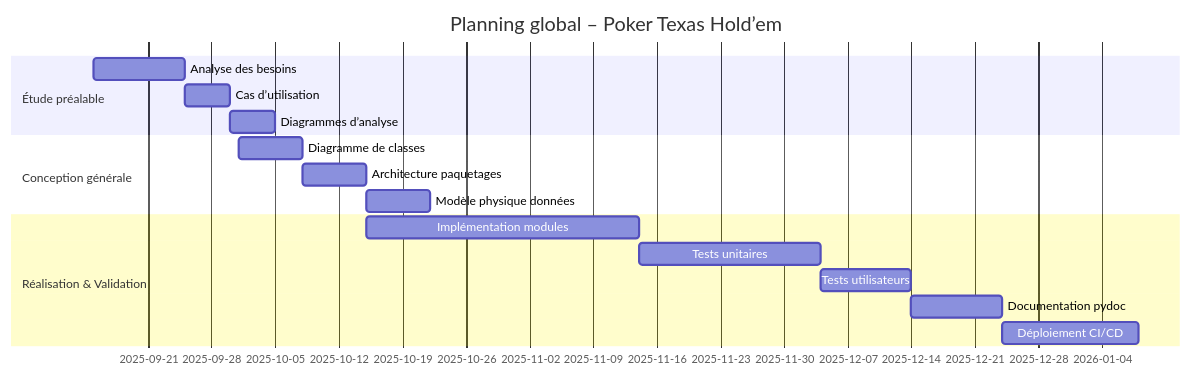
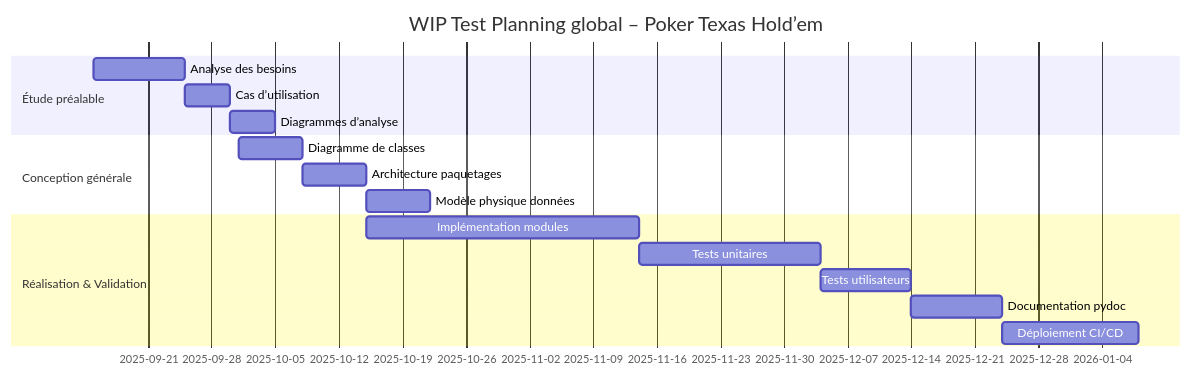
The second of 2 diagrams in doc/diag_classes.md (ArthurD19/ENSAI-2A-projet-info-groupe-9), drawn with Mermaid before and after one commit. The commit also changed 1 other file, not shown here.

Commit message:
Suivi Arthur

````diff
--- a/doc/diag_classes.md
+++ b/doc/diag_classes.md
@@ -130,19 +130,19 @@
 ```mermaid
 gantt
-    title Planning global – Poker Texas Hold’em
+    title WIP Test Planning global – Poker Texas Hold’em
     dateFormat  YYYY-MM-DD
     section Étude préalable
       Analyse des besoins       :a1, 2025-09-15, 10d
       Cas d’utilisation        :after a1, 5d
       Diagrammes d’analyse     :5d
     section Conception générale
       Diagramme de classes     :2025-10-01, 7d
       Architecture paquetages  :7d
       Modèle physique données  :7d
     section Réalisation & Validation
       Implémentation modules   :2025-10-15, 30d
       Tests unitaires          :20d
       Tests utilisateurs       :10d
       Documentation pydoc      :10d
       Déploiement CI/CD        :15d
 ```
````
